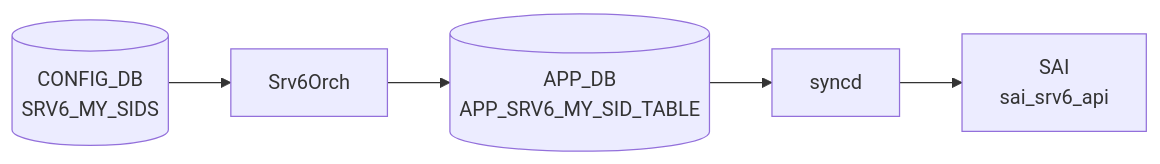
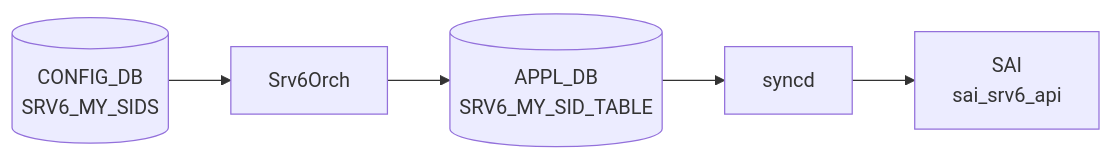
One commit to aoki-taquan/sonic-unofficial-docs changed the diagram in docs/reference/config-db/srv6-applb.md. Above: the diagram before and after it, drawn with Mermaid. The commit also changed 4 other files, not shown here.

First line of the commit message:
review(batch-111): SRv6 5ページ — Mermaid ノード名修正・sources ref 固定

````diff
--- a/docs/reference/config-db/srv6-applb.md
+++ b/docs/reference/config-db/srv6-applb.md
@@ -45,12 +45,12 @@
 ```mermaid
 flowchart LR
   CDB[("CONFIG_DB<br/>SRV6_MY_SIDS")]
   DM["Srv6Orch"]
   CDB --> DM
-  APPDB[("APP_DB<br/>APP_SRV6_MY_SID_TABLE")]
+  APPDB[("APPL_DB<br/>SRV6_MY_SID_TABLE")]
   DM --> APPDB
   SYNCD["syncd"]
   APPDB --> SYNCD
   SAI["SAI<br/>sai_srv6_api"]
   SYNCD --> SAI
 ```
````
